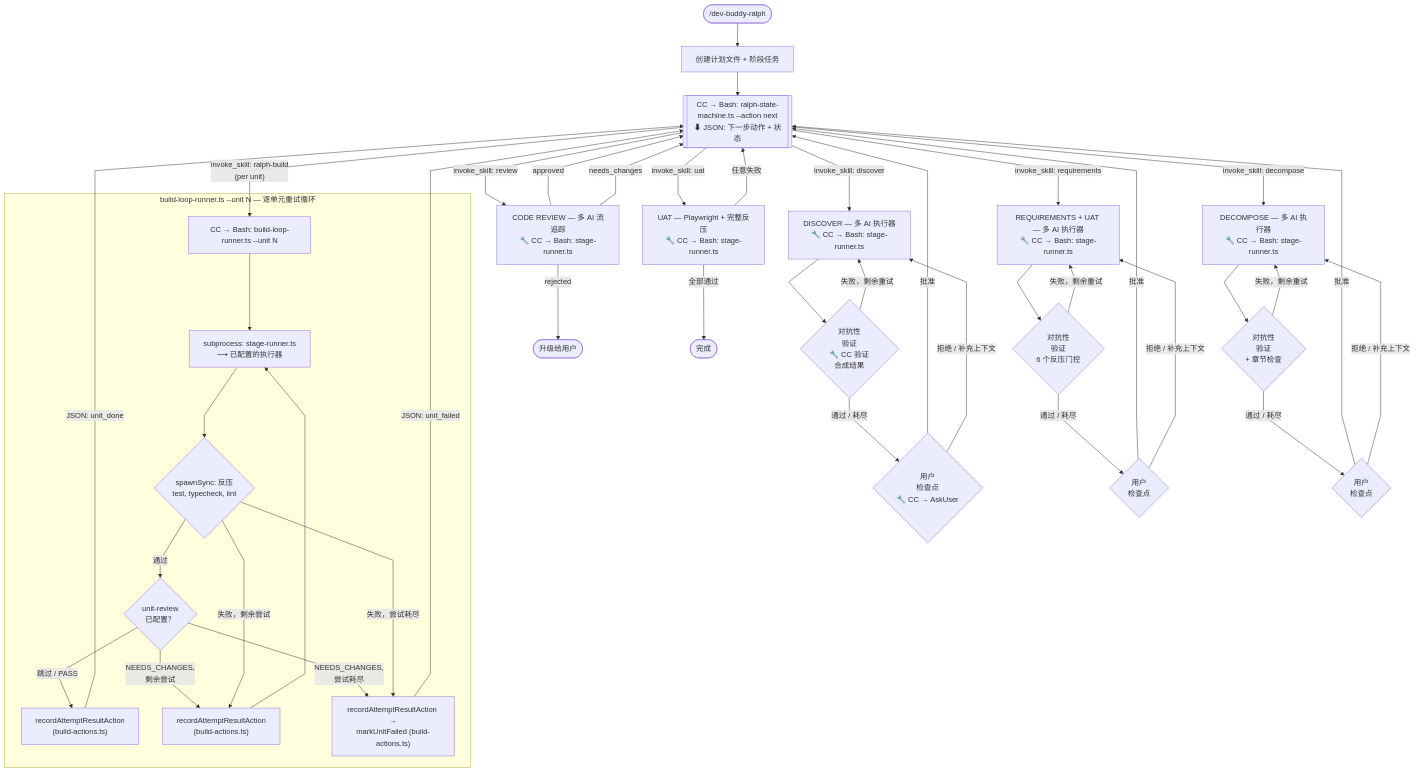
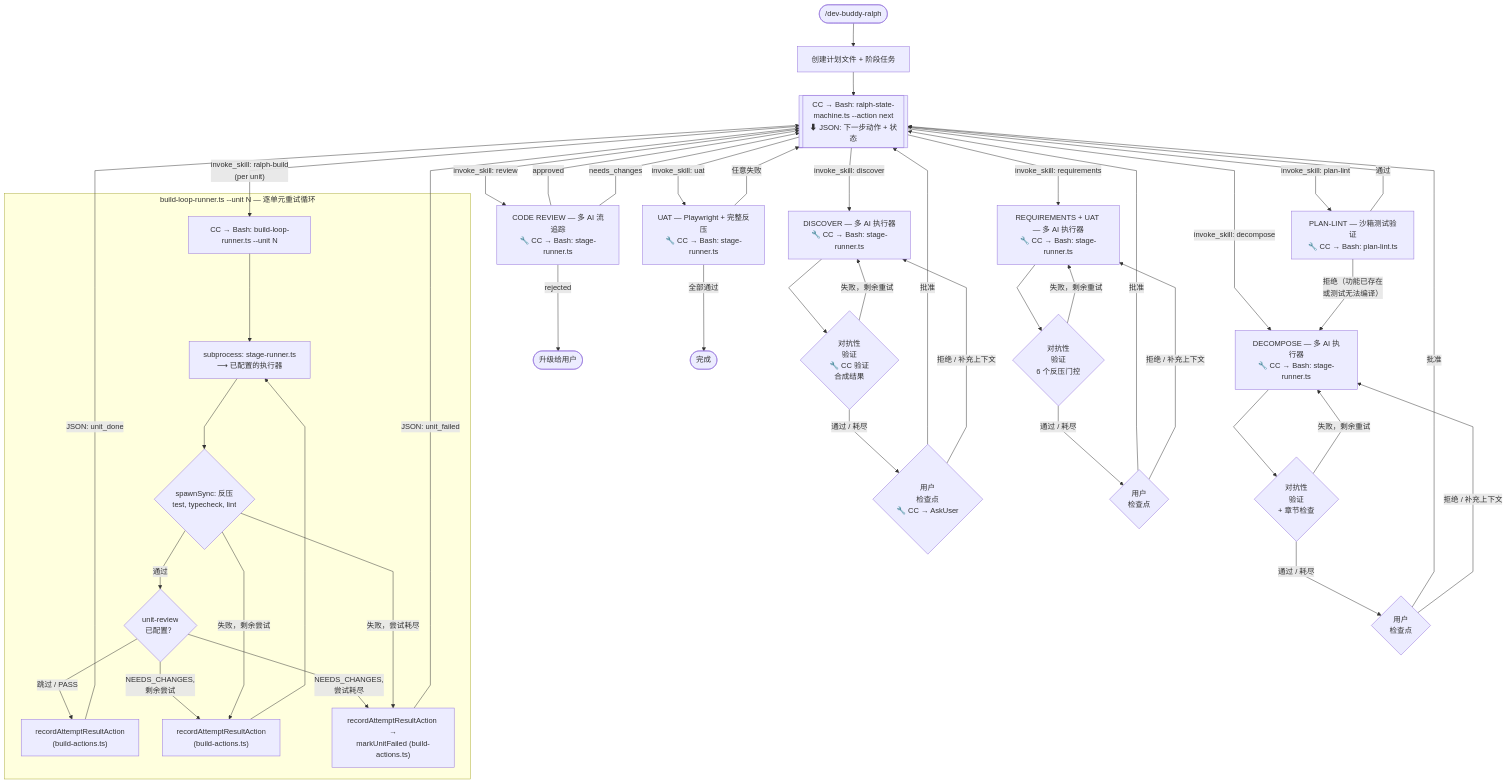
The first of 2 diagrams in plugins/dev-buddy/README.zh.md (Z-M-Huang/vcp), drawn with Mermaid before and after one commit. The commit also changed other lines of this file and 195 other files, not shown here.

````diff
--- a/plugins/dev-buddy/README.zh.md
+++ b/plugins/dev-buddy/README.zh.md
@@ -27,72 +28,77 @@
 ```mermaid
 ---
 config:
   flowchart:
     curve: linear
 ---
 flowchart TD
     START(["/dev-buddy-ralph"]) --> INIT["创建计划文件 + 阶段任务"]
     INIT --> Q1
 
     Q1[["CC → Bash: ralph-state-machine.ts --action next<br/>⬇ JSON: 下一步动作 + 状态"]]
 
     Q1 -->|"invoke_skill: discover"| D
     D["DISCOVER — 多 AI 执行器<br/>🔧 CC → Bash: stage-runner.ts"]
     D --> D_VAL{"对抗性<br/>验证<br/>🔧 CC 验证<br/>合成结果"}
     D_VAL -->|失败，剩余重试| D
     D_VAL -->|通过 / 耗尽| D_UC{"用户<br/>检查点<br/>🔧 CC → AskUser"}
     D_UC -->|批准| Q1
     D_UC -->|拒绝 / 补充上下文| D
 
     Q1 -->|"invoke_skill: requirements"| R
     R["REQUIREMENTS + UAT — 多 AI 执行器<br/>🔧 CC → Bash: stage-runner.ts"]
     R --> R_VAL{"对抗性<br/>验证<br/>6 个反压门控"}
     R_VAL -->|失败，剩余重试| R
     R_VAL -->|通过 / 耗尽| R_UC{"用户<br/>检查点"}
     R_UC -->|批准| Q1
     R_UC -->|拒绝 / 补充上下文| R
 
     Q1 -->|"invoke_skill: decompose"| DC
     DC["DECOMPOSE — 多 AI 执行器<br/>🔧 CC → Bash: stage-runner.ts"]
     DC --> DC_VAL{"对抗性<br/>验证<br/>+ 章节检查"}
     DC_VAL -->|失败，剩余重试| DC
     DC_VAL -->|通过 / 耗尽| DC_UC{"用户<br/>检查点"}
     DC_UC -->|批准| Q1
     DC_UC -->|拒绝 / 补充上下文| DC
+
+    Q1 -->|"invoke_skill: plan-lint"| PL
+    PL["PLAN-LINT — 沙箱测试验证<br/>🔧 CC → Bash: plan-lint.ts"]
+    PL -->|通过| Q1
+    PL -->|"拒绝（功能已存在<br/>或测试无法编译）"| DC
 
     Q1 -->|"invoke_skill: ralph-build<br/>(per unit)"| BUILD_ENTRY
 
     subgraph BUILD_MECHANICAL["build-loop-runner.ts --unit N — 逐单元重试循环"]
         BUILD_ENTRY["CC → Bash: build-loop-runner.ts --unit N"]
         B_DISPATCH["subprocess: stage-runner.ts<br/>⟶ 已配置的执行器"]
         B_BP{"spawnSync: 反压<br/>test, typecheck, lint"}
         B_REVIEW{"unit-review<br/>已配置？"}
         B_WRITE_PASS["recordAttemptResultAction<br/>(build-actions.ts)"]
         B_RETRY["recordAttemptResultAction<br/>(build-actions.ts)"]
         B_FAILED["recordAttemptResultAction →<br/>markUnitFailed (build-actions.ts)"]
 
         BUILD_ENTRY --> B_DISPATCH
         B_DISPATCH --> B_BP
         B_BP -->|通过| B_REVIEW
         B_REVIEW -->|"跳过 / PASS"| B_WRITE_PASS
         B_REVIEW -->|"NEEDS_CHANGES,<br/>剩余尝试"| B_RETRY
         B_REVIEW -->|"NEEDS_CHANGES,<br/>尝试耗尽"| B_FAILED
         B_BP -->|失败，剩余尝试| B_RETRY
         B_RETRY --> B_DISPATCH
         B_BP -->|失败，尝试耗尽| B_FAILED
     end
 
     B_WRITE_PASS -->|"JSON: unit_done"| Q1
     B_FAILED -->|"JSON: unit_failed"| Q1
 
     Q1 -->|"invoke_skill: review"| CR
     CR["CODE REVIEW — 多 AI 流追踪<br/>🔧 CC → Bash: stage-runner.ts"]
     CR -->|approved| Q1
     CR -->|needs_changes| Q1
     CR -->|rejected| STOP([升级给用户])
 
     Q1 -->|"invoke_skill: uat"| UAT
     UAT["UAT — Playwright + 完整反压<br/>🔧 CC → Bash: stage-runner.ts"]
     UAT -->|全部通过| DONE([完成])
     UAT -->|任意失败| Q1
 ```
````
